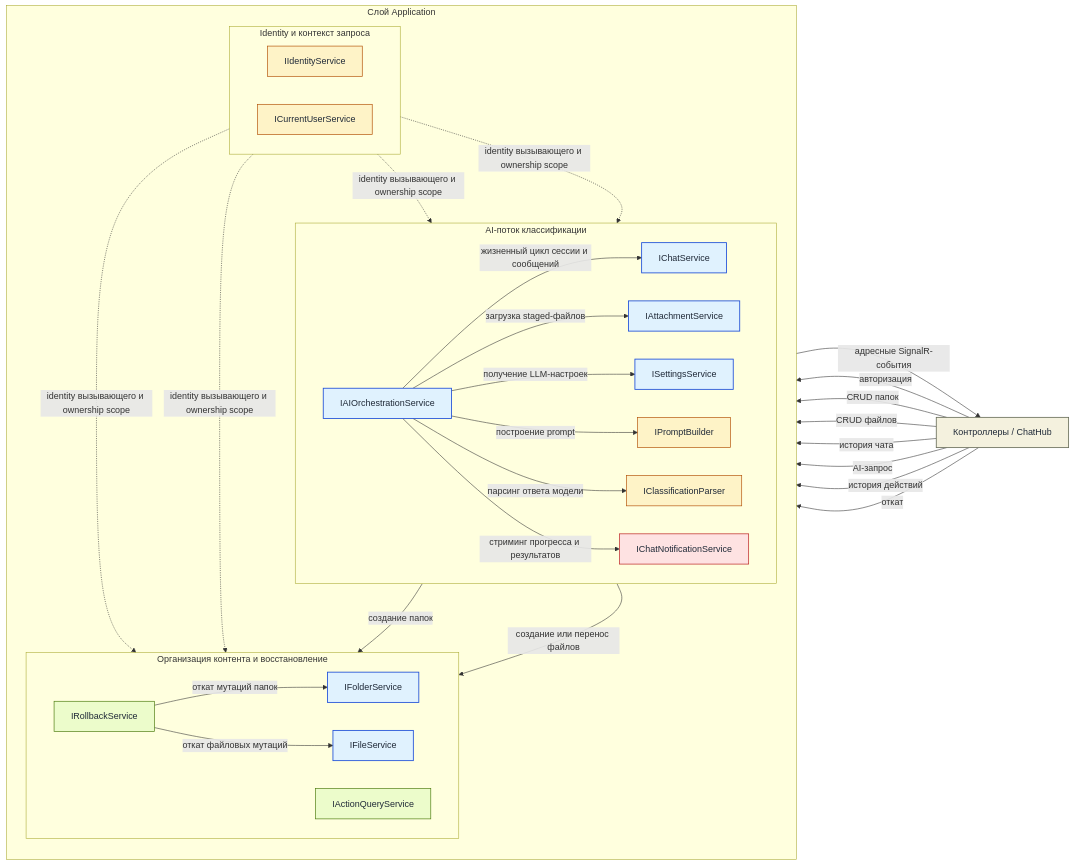
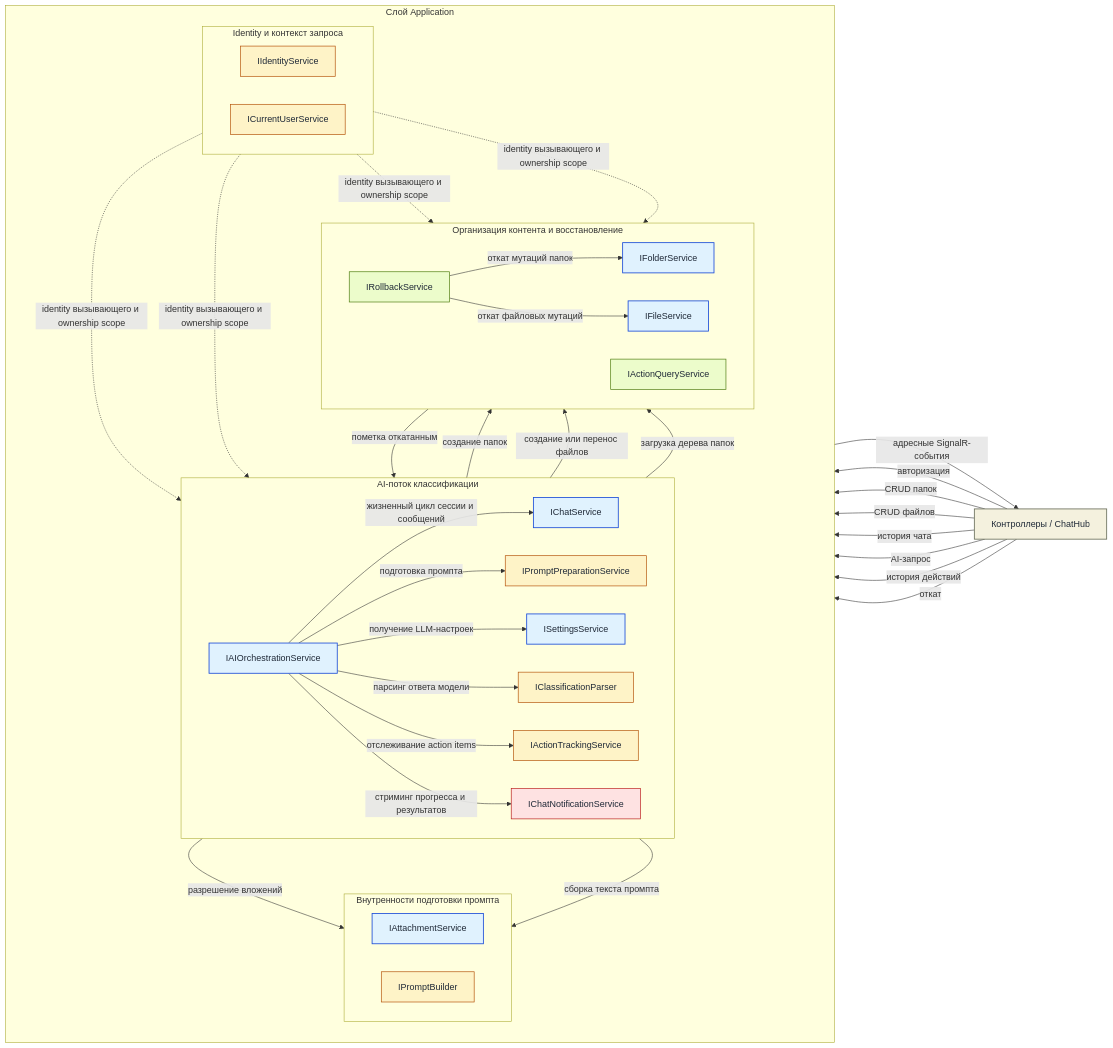
Before and after one commit to BarminGeorge/ShuKnow: the first of 2 diagrams in docs/SERVICES_ARCHITECTURE.md, drawn with Mermaid. The commit also changed other lines of this file and 12 other files, not shown here.

````diff
--- a/docs/SERVICES_ARCHITECTURE.md
+++ b/docs/SERVICES_ARCHITECTURE.md
@@ -457,66 +500,77 @@
 ```mermaid
 flowchart LR
     classDef entry fill:#F4F1DE,stroke:#6B705C,color:#1F2937,stroke-width:1.5px;
     classDef core fill:#E0F2FE,stroke:#1D4ED8,color:#1F2937,stroke-width:1.5px;
     classDef support fill:#FEF3C7,stroke:#B45309,color:#1F2937,stroke-width:1.2px;
     classDef recovery fill:#ECFCCB,stroke:#4D7C0F,color:#1F2937,stroke-width:1.2px;
     classDef transport fill:#FEE2E2,stroke:#B91C1C,color:#1F2937,stroke-width:1.2px;
 
     Client["Контроллеры / ChatHub"]:::entry
 
     subgraph App["Слой Application"]
         direction TB
 
         subgraph Workflow["AI-поток классификации"]
             direction LR
             ChatService["IChatService"]:::core
-            AttachmentService["IAttachmentService"]:::core
             SettingsService["ISettingsService"]:::core
             AIOrchestration["IAIOrchestrationService"]:::core
+            PromptPrep["IPromptPreparationService"]:::support
+            ClassificationParser["IClassificationParser"]:::support
+            ActionTracking["IActionTrackingService"]:::support
+            ChatNotification["IChatNotificationService"]:::transport
+        end
+
+        subgraph PromptInternals["Внутренности подготовки промпта"]
+            direction LR
+            AttachmentService["IAttachmentService"]:::core
             PromptBuilder["IPromptBuilder"]:::support
-            ClassificationParser["IClassificationParser"]:::support
-            ChatNotification["IChatNotificationService"]:::transport
         end
 
         subgraph Content["Организация контента и восстановление"]
             direction LR
             FolderService["IFolderService"]:::core
             FileService["IFileService"]:::core
             ActionQueryService["IActionQueryService"]:::recovery
             RollbackService["IRollbackService"]:::recovery
         end
 
         subgraph Identity["Identity и контекст запроса"]
             direction LR
             IdentityService["IIdentityService"]:::support
             CurrentUser["ICurrentUserService"]:::support
         end
     end
 
     Client -->|авторизация| IdentityService
     Client -->|CRUD папок| FolderService
     Client -->|CRUD файлов| FileService
     Client -->|история чата| ChatService
     Client -->|AI-запрос| AIOrchestration
     Client -->|история действий| ActionQueryService
     Client -->|откат| RollbackService
 
     AIOrchestration -->|жизненный цикл сессии и сообщений| ChatService
-    AIOrchestration -->|загрузка staged-файлов| AttachmentService
+    AIOrchestration -->|подготовка промпта| PromptPrep
     AIOrchestration -->|получение LLM-настроек| SettingsService
-    AIOrchestration -->|построение prompt| PromptBuilder
     AIOrchestration -->|парсинг ответа модели| ClassificationParser
+    AIOrchestration -->|отслеживание action items| ActionTracking
     AIOrchestration -->|создание папок| FolderService
     AIOrchestration -->|создание или перенос файлов| FileService
     AIOrchestration -->|стриминг прогресса и результатов| ChatNotification
 
+    PromptPrep -->|загрузка дерева папок| FolderService
+    PromptPrep -->|разрешение вложений| AttachmentService
+    PromptPrep -->|сборка текста промпта| PromptBuilder
+
     RollbackService -->|откат файловых мутаций| FileService
     RollbackService -->|откат мутаций папок| FolderService
+    RollbackService -->|пометка откатанным| ActionTracking
 
     CurrentUser -. identity вызывающего и ownership scope .-> AIOrchestration
     CurrentUser -. identity вызывающего и ownership scope .-> FolderService
     CurrentUser -. identity вызывающего и ownership scope .-> FileService
     CurrentUser -. identity вызывающего и ownership scope .-> ChatService
 
     ChatNotification -->|адресные SignalR-события| Client
 ```
````
